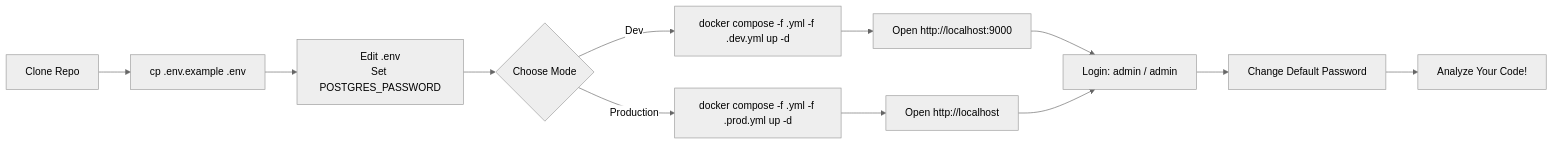
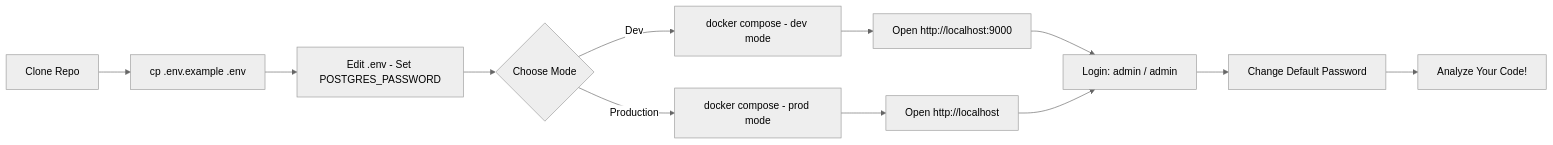
Before and after one commit to vanchasrujankumar/sonarqube-docker-deployment: the second of 2 diagrams in README.md, drawn with Mermaid (neutral theme). The commit also changed other lines of this file and 1 other file, not shown here.

Commit message:
Fix Mermaid rendering on GitHub Pages: use raw HTML pre blocks and run() API

````diff
--- a/README.md
+++ b/README.md
@@ -84,14 +82,14 @@
-```mermaid
+<pre class="mermaid">
 flowchart LR
     A[Clone Repo] --> B[cp .env.example .env]
-    B --> C[Edit .env<br/>Set POSTGRES_PASSWORD]
+    B --> C[Edit .env - Set POSTGRES_PASSWORD]
     C --> D{Choose Mode}
-    D -->|Dev| E[docker compose -f .yml -f .dev.yml up -d]
-    D -->|Production| F[docker compose -f .yml -f .prod.yml up -d]
+    D -->|Dev| E[docker compose - dev mode]
+    D -->|Production| F[docker compose - prod mode]
     E --> G[Open http://localhost:9000]
     F --> H[Open http://localhost]
     G --> I[Login: admin / admin]
     H --> I
     I --> J[Change Default Password]
     J --> K[Analyze Your Code!]
-```
+</pre>
````
